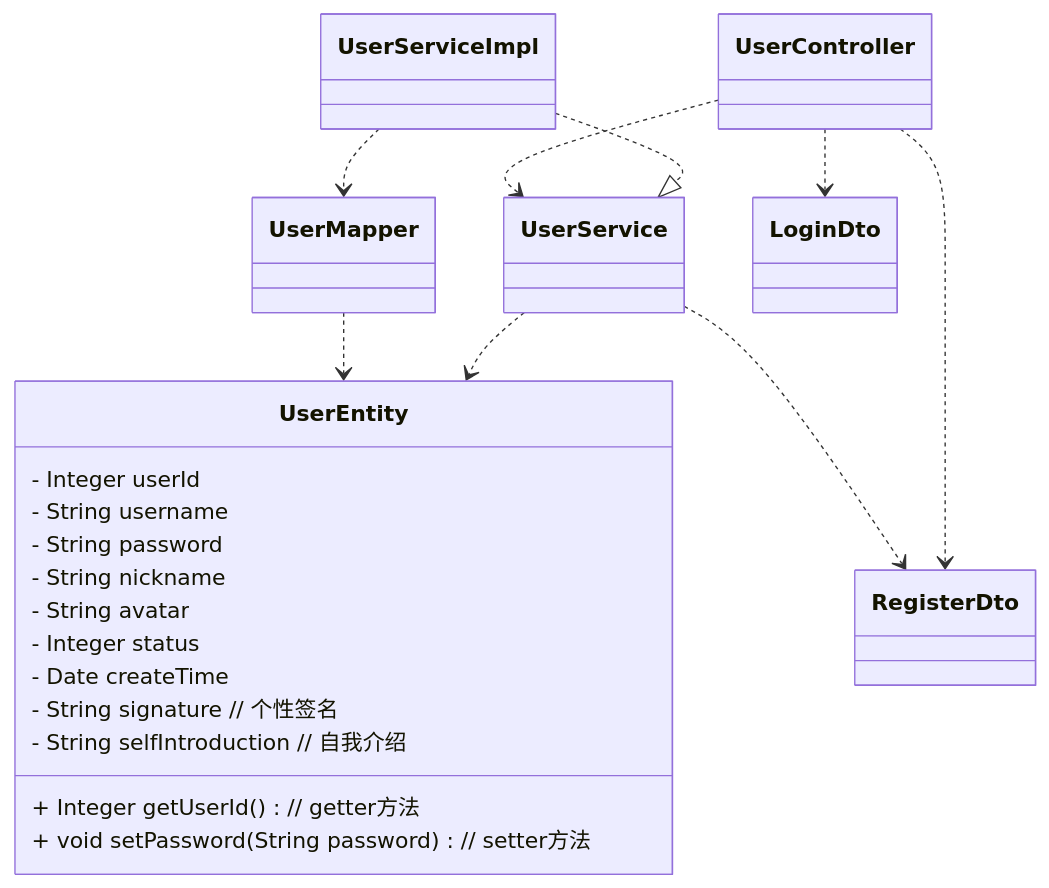
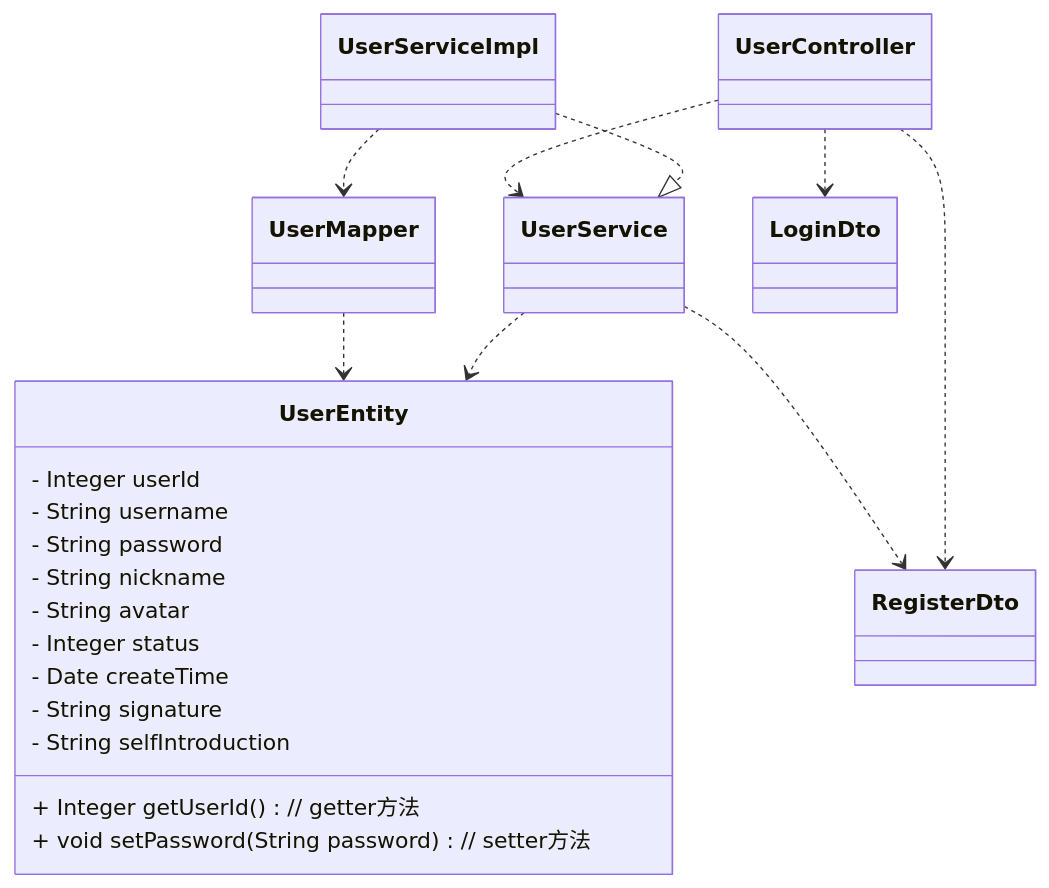
Before and after one commit to DEbalanceUX/iodraw-files: the diagram in all/未命名-1.md, drawn with Mermaid.

Commit message:
2025-12-10 22:51:29 update

````diff
--- a/all/未命名-1.md
+++ b/all/未命名-1.md
@@ -1,32 +1,32 @@
 ```mermaid
 classDiagram
     %% 实现关系：ServiceImpl 实现 Service 接口
     UserServiceImpl ..|> UserService
     %% 依赖关系：Controller 依赖 Service / ServiceImpl 依赖 Mapper
     UserController ..> UserService
     UserServiceImpl ..> UserMapper
     %% 关联关系：核心数据载体关联
     UserService ..> UserEntity
     UserMapper ..> UserEntity
     UserController ..> LoginDto
     UserController ..> RegisterDto
     UserService ..> RegisterDto
 
     %% 用户实体类（存储用户核心数据）
     class UserEntity {
         - Integer userId       
         - String username   
         - String password       
         - String nickname
         - String avatar
         - Integer status
         - Date createTime
-        - String signature     // 个性签名
-        - String selfIntroduction // 自我介绍
+        - String signature
+        - String selfIntroduction 
         + Integer getUserId()  // getter方法
         + void setPassword(String password) // setter方法
     }
 
 
     
 ```
````
